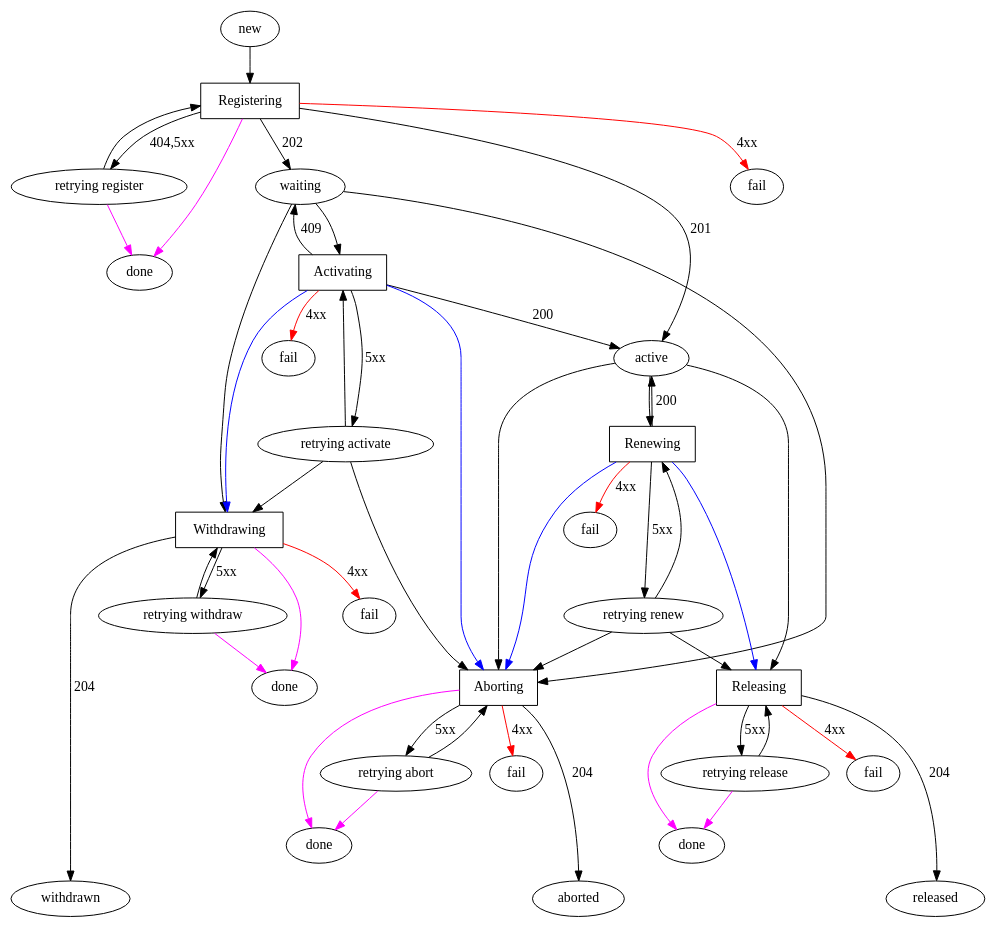
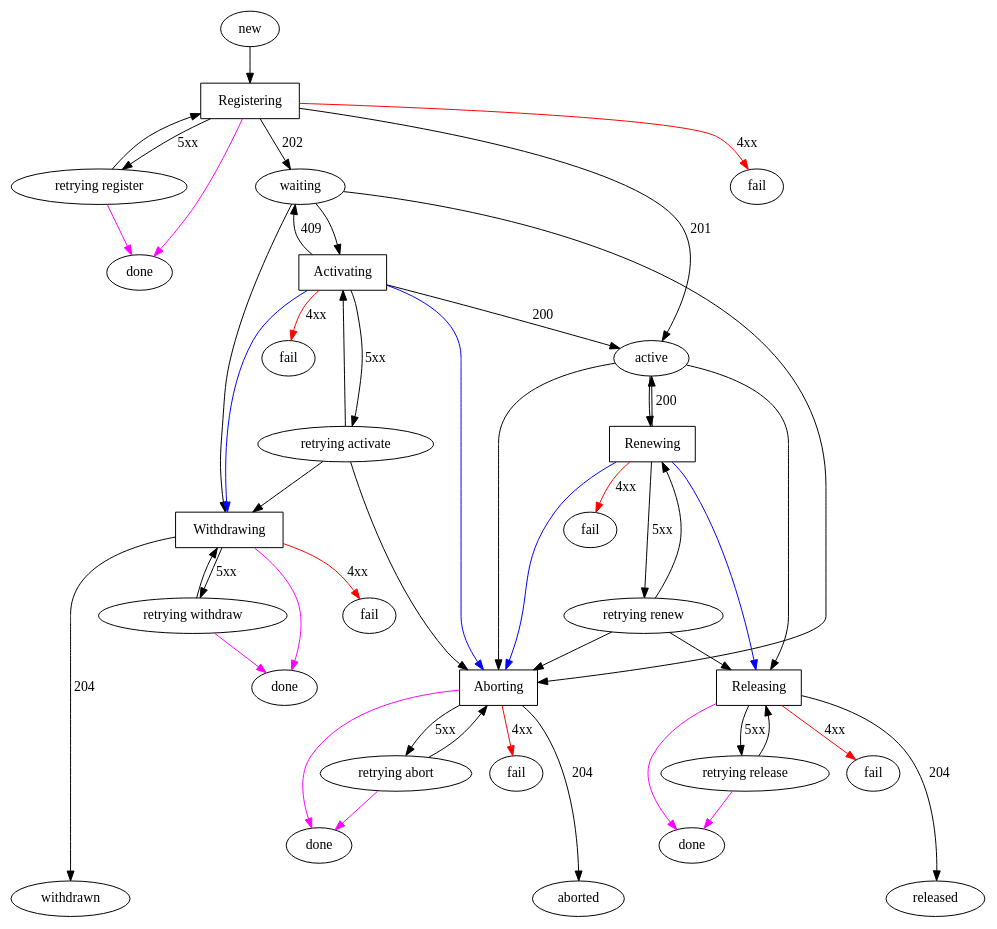
Before and after one commit to genome/nessy-client-perl: the diagram in docs/nessy-daemon-claim-state-machine.dot, drawn with Graphviz.

Commit message:
don't consider 404 to be retryable on register

```diff
--- a/docs/nessy-daemon-claim-state-machine.dot
+++ b/docs/nessy-daemon-claim-state-machine.dot
@@ -1,143 +1,143 @@
 digraph "nessy-daemon-claim-state-machine" {
     node [shape=oval]
     // Start state
     new
 
     // In progress states
     active
     waiting
 
     // Final states
     aborted
     released
     withdrawn
 
     // Failure states
     f_abort    [label="fail"]
     f_activate [label="fail"]
     f_register [label="fail"]
     f_release  [label="fail"]
     f_renew    [label="fail"]
     f_withdraw [label="fail"]
 
     // Done states
     d_abort    [label="done"]
     d_register [label="done"]
     d_release  [label="done"]
     d_withdraw [label="done"]
 
     // Retry states
     r_abort    [label="retrying abort"]
     r_activate [label="retrying activate"]
     r_register [label="retrying register"]
     r_release  [label="retrying release"]
     r_renew    [label="retrying renew"]
     r_withdraw [label="retrying withdraw"]
 
     // Action states
     node [shape=box]
     a_abort    [label="Aborting"]
     a_activate [label="Activating"]
     a_register [label="Registering"]
     a_release  [label="Releasing"]
     a_renew    [label="Renewing"]
     a_withdraw [label="Withdrawing"]
 
 
     // Paths from start node
     new -> a_register [color=black]
 
 
     // Paths away from a_register
     a_register -> active     [color=black label="201"]
     a_register -> waiting    [color=black label="202"]
 
-    a_register -> r_register [color=black label="404,5xx"]
+    a_register -> r_register [color=black label="5xx"]
     r_register -> a_register [color=black]
 
     a_register -> f_register [color=red   label="4xx"]
     a_register -> d_register [color=magenta]
     r_register -> d_register [color=magenta]
 
 
     // Paths away from active
     active  -> a_renew   [color=black]
     a_renew -> active    [color=black label="200"]
     a_renew -> r_renew   [color=black label="5xx" minlen=2]
     r_renew -> a_renew   [color=black]
 
 
     a_renew -> f_renew   [color=red label="4xx"]
 
     active  -> a_abort   [color=black]
     a_renew -> a_abort   [color=blue]
     r_renew -> a_abort   [color=black]
 
     a_renew -> a_release [color=blue]
     r_renew -> a_release [color=black]
 
     active  -> a_release [color=black]
 
 
     // Paths away from waiting
     waiting    -> a_activate [color=black]
     a_activate -> waiting    [color=black label="409"]
     a_activate -> r_activate [color=black label="5xx" minlen=2]
     r_activate -> a_activate [color=black]
     a_activate -> active     [color=black label="200"]
 
 
     a_activate -> f_activate [color=red   label="4xx"]
 
     waiting    -> a_withdraw [color=black]
     a_activate -> a_withdraw [color=blue]
     r_activate -> a_withdraw [color=black]
 
     waiting    -> a_abort    [color=black]
     a_activate -> a_abort    [color=blue]
     r_activate -> a_abort    [color=black]
 
 
     // Paths away from a_withdraw
     a_withdraw -> withdrawn  [color=black label="204"]
 
     a_withdraw -> r_withdraw [color=black label="5xx"]
     r_withdraw -> a_withdraw [color=black]
 
     a_withdraw -> f_withdraw [color=red   label="4xx"]
     a_withdraw -> d_withdraw [color=magenta]
     r_withdraw -> d_withdraw [color=magenta]
 
 
     // Paths away from a_release
     a_release -> released  [color=black label="204"]
 
     a_release -> r_release [color=black label="5xx"]
     r_release -> a_release [color=black]
 
     a_release -> f_release [color=red   label="4xx"]
     a_release -> d_release [color=magenta]
     r_release -> d_release [color=magenta]
 
     // Paths away from a_abort
     a_abort -> aborted [color=black label="204"]
     a_abort -> r_abort [color=black label="5xx"]
 
     r_abort -> a_abort [color=black]
     a_abort -> f_abort [color=red   label="4xx"]
     a_abort -> d_abort [color=magenta]
     r_abort -> d_abort [color=magenta]
 
     // Formatting
     {
         rank=source
         new
     }
 
     {
         rank=sink
         aborted
         released
         withdrawn
     }
 }
```
